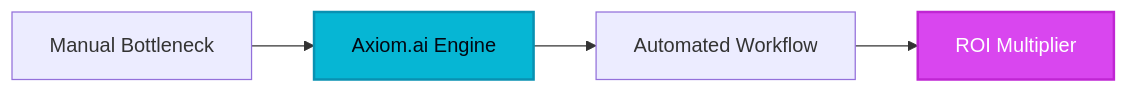
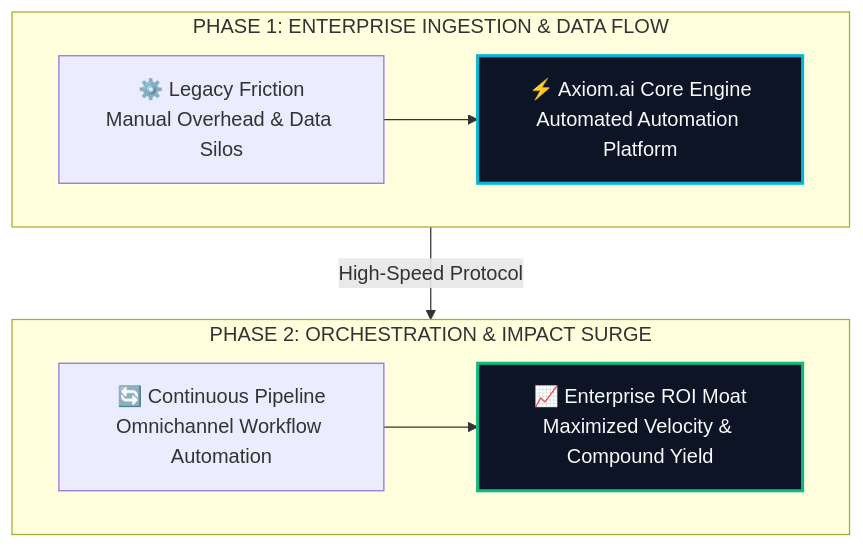
One commit to heliatech-media/saas-radar changed the diagram in site/src/content/blog/axiom-ai-evolution-guide-2026.md. Above: the diagram before and after it, drawn with Mermaid. The commit also changed 97 other files, not shown here.

First line of the commit message:
feat(diagrams): upgrade all article architecture schemas to high-impact 2-tier responsive vector blueprints

````diff
--- a/site/src/content/blog/axiom-ai-evolution-guide-2026.md
+++ b/site/src/content/blog/axiom-ai-evolution-guide-2026.md
@@ -55,8 +55,14 @@
 ```mermaid
-flowchart LR
-    A[Manual Bottleneck] --> B[Axiom.ai Engine]
-    B --> C[Automated Workflow]
-    C --> D[ROI Multiplier]
-    style B fill:#06b6d4,stroke:#0891b2,stroke-width:2px,color:#030712
-    style D fill:#d946ef,stroke:#c026d3,stroke-width:2px,color:#ffffff
+flowchart TD
+    subgraph S1["PHASE 1: ENTERPRISE INGESTION & DATA FLOW"]
+        direction LR
+        A["⚙️ Legacy Friction<br/>Manual Overhead & Data Silos"] --> B["⚡ Axiom.ai Core Engine<br/>Automated Automation Platform"]
+    end
+    subgraph S2["PHASE 2: ORCHESTRATION & IMPACT SURGE"]
+        direction LR
+        C["🔄 Continuous Pipeline<br/>Omnichannel Workflow Automation"] --> D["📈 Enterprise ROI Moat<br/>Maximized Velocity & Compound Yield"]
+    end
+    S1 -->|High-Speed Protocol| S2
+    style B fill:#0c1425,stroke:#06b6d4,stroke-width:2.5px,color:#f8fafc
+    style D fill:#0c1425,stroke:#10b981,stroke-width:2.5px,color:#f8fafc
 ```
````
